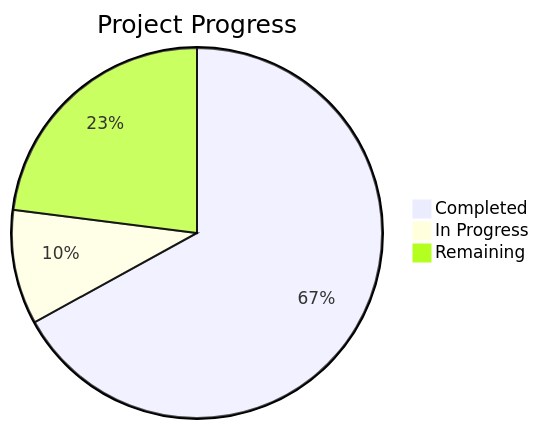
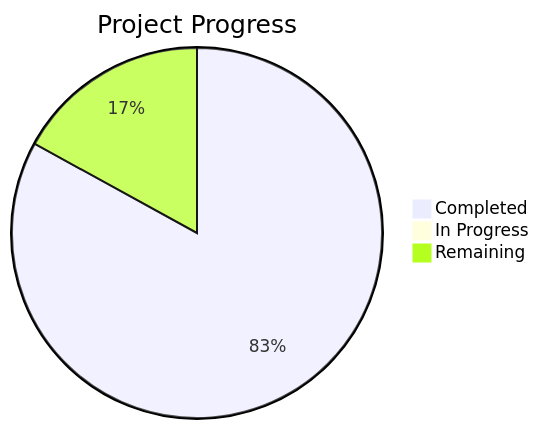
The diagram in .planning/STATE.md (aleknitka/Predictive-Poultry-Systems), drawn with Mermaid before and after one commit. The commit also changed other lines of this file and 9 other files, not shown here.

````diff
--- a/.planning/STATE.md
+++ b/.planning/STATE.md
@@ -15,6 +15,6 @@
 ```mermaid
 pie title Project Progress
-    "Completed" : 67
-    "In Progress" : 10
-    "Remaining" : 23
+    "Completed" : 83
+    "In Progress" : 0
+    "Remaining" : 17
 ```
````
